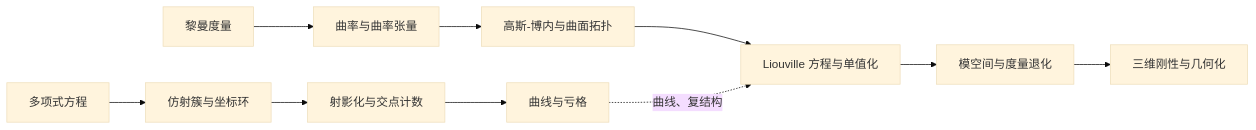
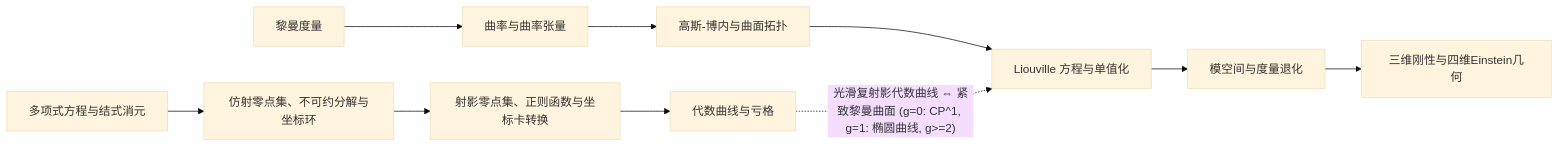
The diagram in 2026浙大暑期学校/00_课程总结.md (xsoc1/math-notes), drawn with Mermaid (base theme) before and after one commit. The commit also changed other lines of this file and 134 other files, not shown here.

````diff
--- a/2026浙大暑期学校/00_课程总结.md
+++ b/2026浙大暑期学校/00_课程总结.md
@@ -118,12 +117,12 @@
 ```mermaid
 flowchart LR
-    A[多项式方程] --> B[仿射簇与坐标环]
-    B --> C[射影化与交点计数]
-    C --> D[曲线与亏格]
+    A[多项式方程与结式消元] --> B[仿射零点集、不可约分解与坐标环]
+    B --> C[射影零点集、正则函数与坐标卡转换]
+    C --> D[代数曲线与亏格]
     E[黎曼度量] --> F[曲率与曲率张量]
     F --> G[高斯-博内与曲面拓扑]
     G --> H[Liouville 方程与单值化]
     H --> I[模空间与度量退化]
-    I --> J[三维刚性与几何化]
-    D -. "曲线、复结构" .-> H
+    I --> J[三维刚性与四维Einstein几何]
+    D -. "光滑复射影代数曲线 ⇔ 紧致黎曼曲面 (g=0: CP^1, g=1: 椭圆曲线, g>=2)" .-> H
 ```
````
